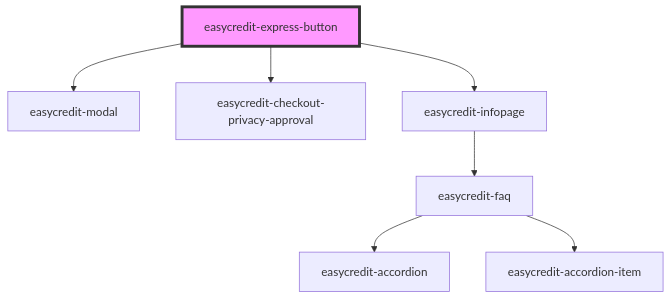
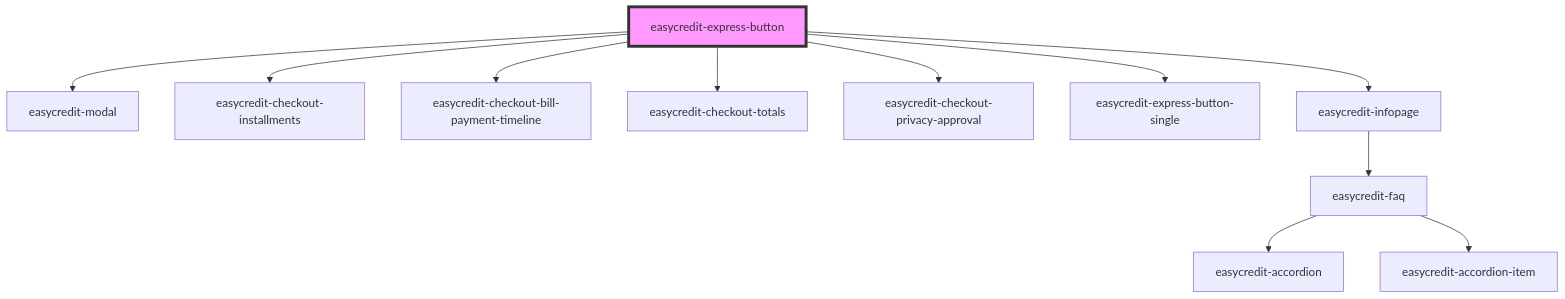
One commit to teambank/easycredit-webcomponents changed the diagram in src/components/easycredit-express-button/readme.md. Above: the diagram before and after it, drawn with Mermaid. The commit also changed other lines of this file and 31 other files, not shown here.

Commit message:
integrate bill payment type in all major components

````diff
--- a/src/components/easycredit-express-button/readme.md
+++ b/src/components/easycredit-express-button/readme.md
@@ -29,10 +32,14 @@
 ```mermaid
 graph TD;
   easycredit-express-button --> easycredit-modal
+  easycredit-express-button --> easycredit-checkout-installments
+  easycredit-express-button --> easycredit-checkout-bill-payment-timeline
+  easycredit-express-button --> easycredit-checkout-totals
   easycredit-express-button --> easycredit-checkout-privacy-approval
+  easycredit-express-button --> easycredit-express-button-single
   easycredit-express-button --> easycredit-infopage
   easycredit-infopage --> easycredit-faq
   easycredit-faq --> easycredit-accordion
   easycredit-faq --> easycredit-accordion-item
   style easycredit-express-button fill:#f9f,stroke:#333,stroke-width:4px
 ```
````
